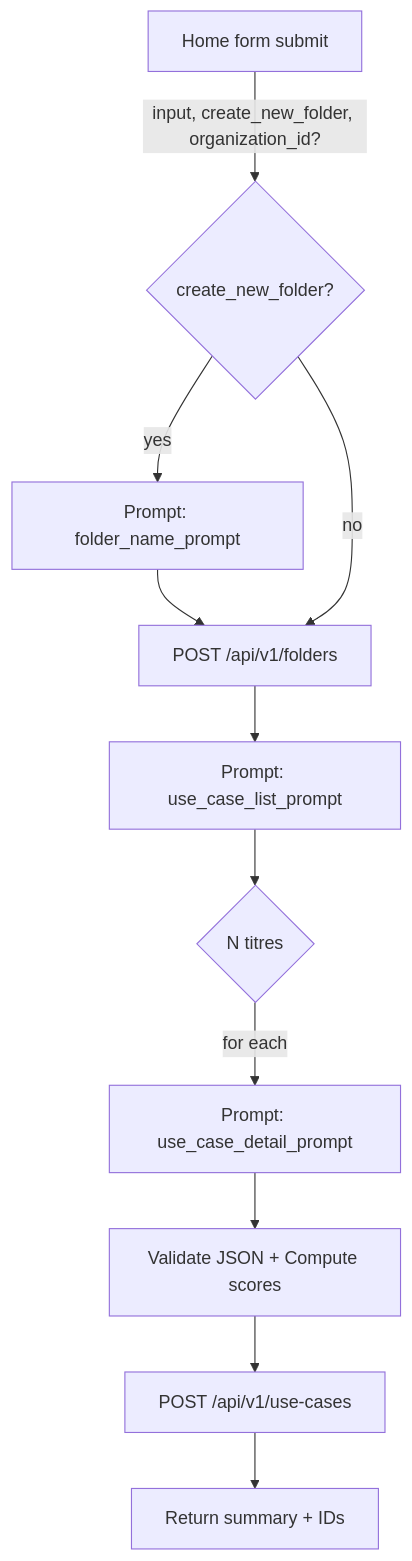
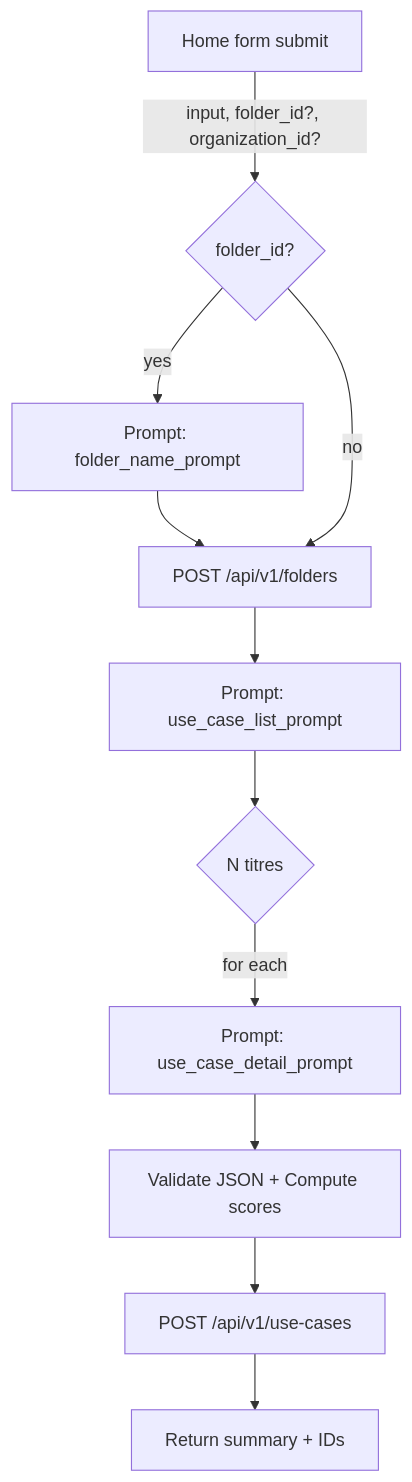
One commit to rhanka/sentropic changed the diagram in spec/SPEC.md. Above: the diagram before and after it, drawn with Mermaid. The commit also changed other lines of this file and 3 other files, not shown here.

Commit message:
test(spec): update use-cases/generate contract (remove create_new_folder)

````diff
--- a/spec/SPEC.md
+++ b/spec/SPEC.md
@@ -463,13 +463,13 @@
 ```mermaid
 flowchart TD
-  A[Home form submit] -->|input, create_new_folder, organization_id?| B{create_new_folder?}
+  A[Home form submit] -->|input, folder_id?, organization_id?| B{folder_id?}
   B -- yes --> C[Prompt: folder_name_prompt]
   C --> D[POST /api/v1/folders]
   B -- no --> D
   D --> E[Prompt: use_case_list_prompt]
   E --> F{N titres}
   F -->|for each| G[Prompt: use_case_detail_prompt]
   G --> H[Validate JSON + Compute scores]
   H --> I[POST /api/v1/use-cases]
   I --> J[Return summary + IDs]
 ```
````
